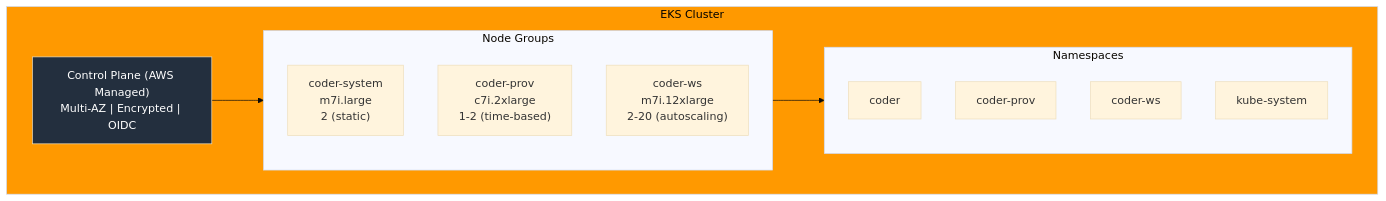
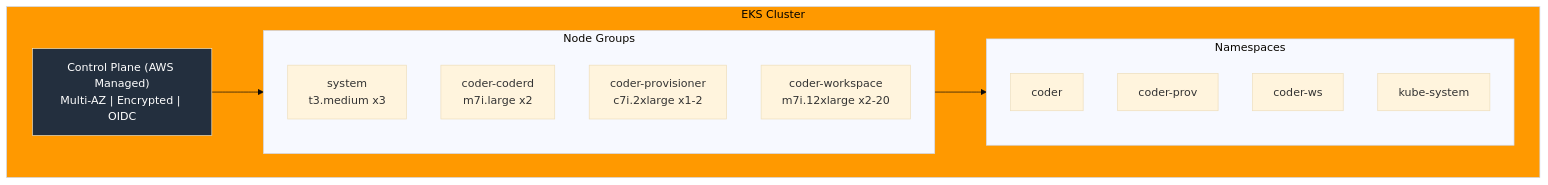
Before and after one commit to ausbru87/coder-deployment-guide-aws: the fourth of 6 diagrams in deployment-guide/architecture/diagrams.md, drawn with Mermaid (base theme). The commit also changed other lines of this file and 1 other file, not shown here.

Commit message:
Add dedicated system node group (t3.medium x3), taint all coder node groups

````diff
--- a/deployment-guide/architecture/diagrams.md
+++ b/deployment-guide/architecture/diagrams.md
@@ -292,24 +293,25 @@
 ```mermaid
 flowchart TB
     subgraph EKS["EKS Cluster"]
         CP["Control Plane (AWS Managed)<br/>Multi-AZ | Encrypted | OIDC"]
         
         subgraph Nodes["Node Groups"]
-            system["coder-system<br/>m7i.large<br/>2 (static)"]
-            prov["coder-prov<br/>c7i.2xlarge<br/>1-2 (time-based)"]
-            ws["coder-ws<br/>m7i.12xlarge<br/>2-20 (autoscaling)"]
+            sys["system<br/>t3.medium x3"]
+            coderd["coder-coderd<br/>m7i.large x2"]
+            prov["coder-provisioner<br/>c7i.2xlarge x1-2"]
+            ws["coder-workspace<br/>m7i.12xlarge x2-20"]
         end
         
         subgraph NS["Namespaces"]
             ns_coder["coder"]
             ns_prov["coder-prov"]
             ns_ws["coder-ws"]
             ns_sys["kube-system"]
         end
     end
     
     CP --> Nodes --> NS
     
     style EKS fill:#ff9900,color:#000
     style CP fill:#232f3e,color:#fff
 ```
````
